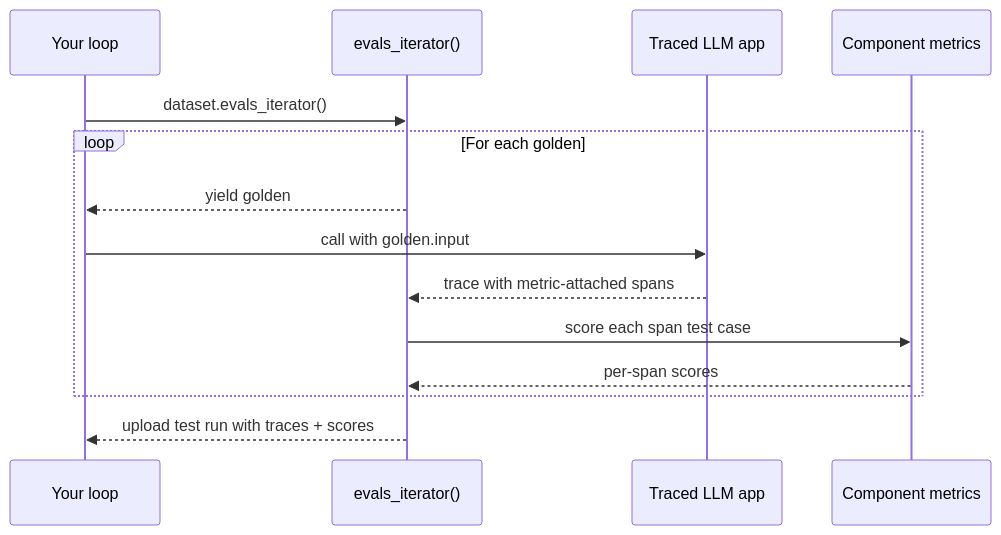
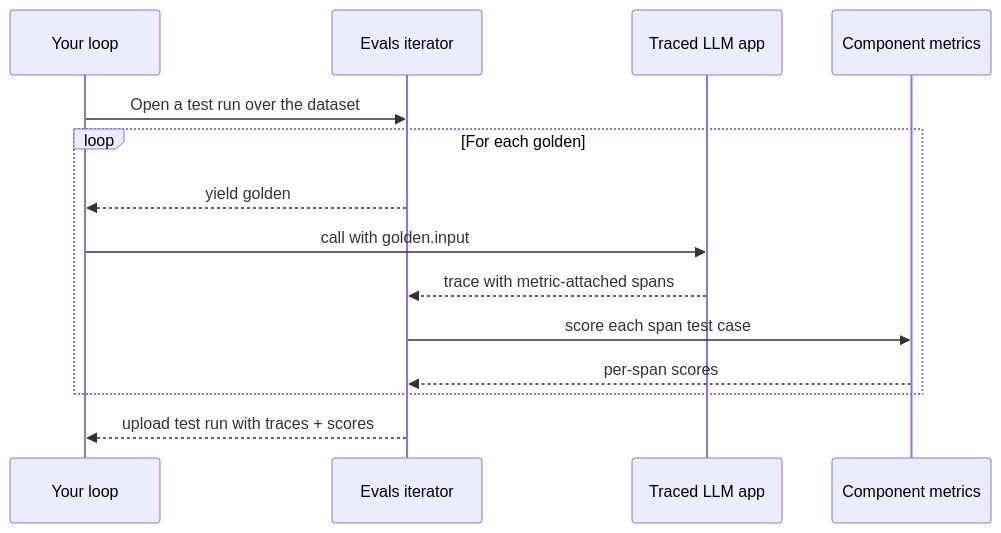
The diagram in docs/content/docs/evaluation-component-level-llm-evals.mdx (confident-ai/deepeval), drawn with Mermaid before and after one commit. The commit also changed other lines of this file and 16 other files, not shown here.

````diff
--- a/docs/content/docs/evaluation-component-level-llm-evals.mdx
+++ b/docs/content/docs/evaluation-component-level-llm-evals.mdx
@@ -34,17 +34,17 @@
 ```mermaid
 sequenceDiagram
     participant You as Your loop
-    participant Eval as evals_iterator()
+    participant Eval as Evals iterator
     participant App as Traced LLM app
     participant Metrics as Component metrics
 
-    You->>Eval: dataset.evals_iterator()
+    You->>Eval: Open a test run over the dataset
     loop For each golden
         Eval-->>You: yield golden
         You->>App: call with golden.input
         App-->>Eval: trace with metric-attached spans
         Eval->>Metrics: score each span test case
         Metrics-->>Eval: per-span scores
     end
     Eval-->>You: upload test run with traces + scores
 ```
````
